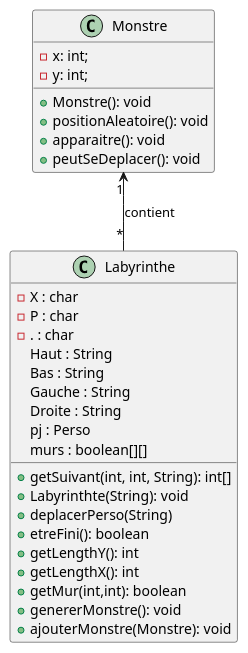
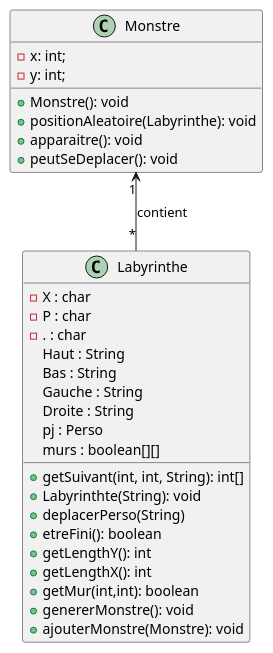
One commit to crochetremi/2025_Zeldiablo_e20157u_e82008u_e89209u_e26078u changed the diagram in documents/diagramme_classe.puml. Above: the diagram before and after it, drawn with PlantUML.

Commit message:
modification du param de la méthode positionAleatoire

```diff
--- a/documents/diagramme_classe.puml
+++ b/documents/diagramme_classe.puml
@@ -1,46 +1,46 @@
 @startuml
 'https://plantuml.com/class-diagram
 
 class Monstre{
 
     - x: int;
     - y: int;
 
     + Monstre(): void
-    + positionAleatoire(): void
+    + positionAleatoire(Labyrinthe): void
     + apparaitre(): void
     + peutSeDeplacer(): void
 
 }
 
 class Labyrinthe{
 
     - X : char
     - P : char
     - . : char
     Haut : String
     Bas : String
     Gauche : String
     Droite : String
     pj : Perso
     murs : boolean[][]
 
     + getSuivant(int, int, String): int[]
     + Labyrinthte(String): void
     + deplacerPerso(String)
     + etreFini(): boolean
     + getLengthY(): int
     + getLengthX(): int
     + getMur(int,int): boolean
     + genererMonstre(): void
     + ajouterMonstre(Monstre): void
 
 }
 
 Monstre "1" <-- "*" Labyrinthe : contient
 
 
 
 
 
 @enduml
```
